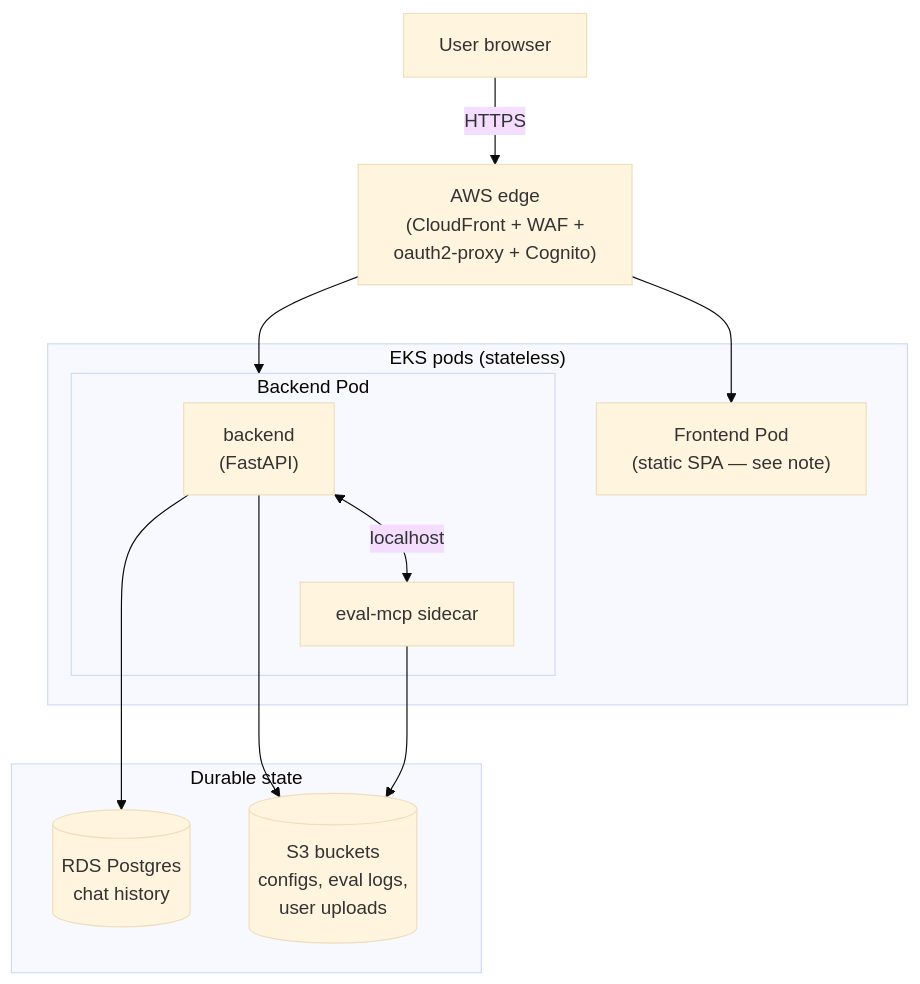
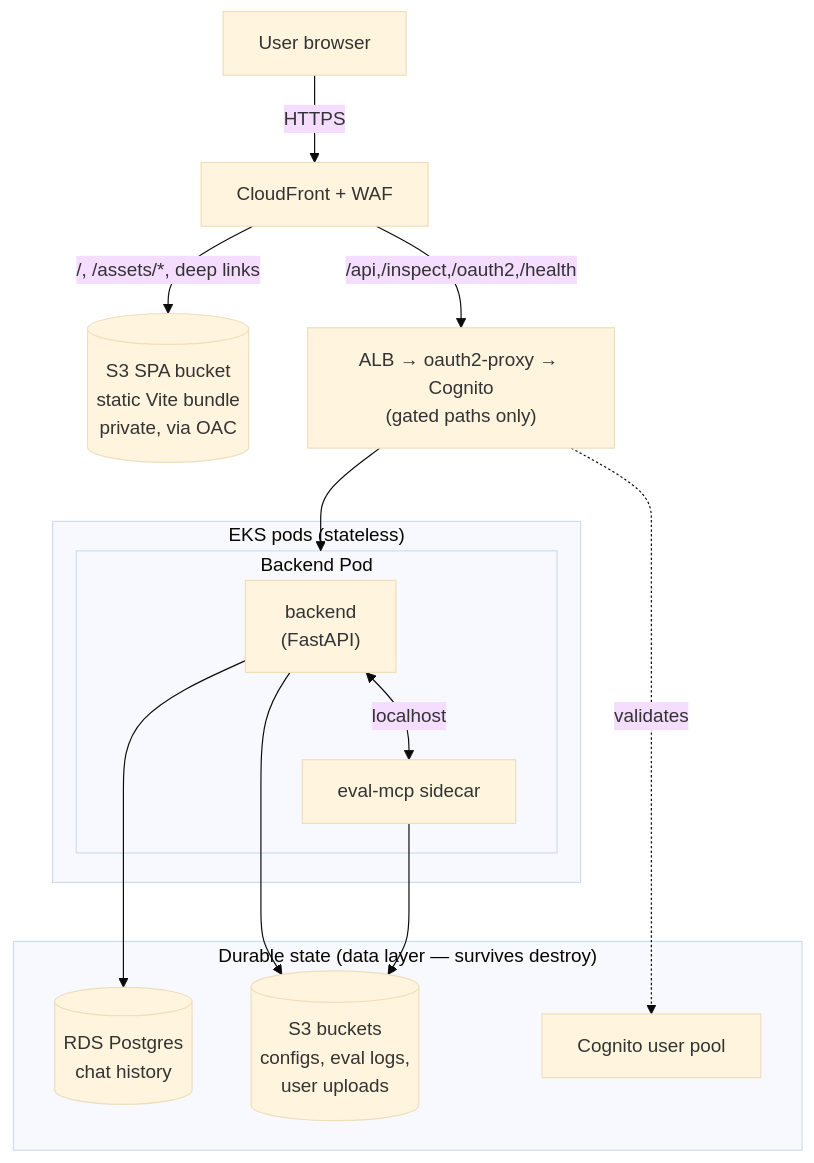
Before and after one commit to awslabs/llm-evaluation-system: the third of 3 diagrams in ARCHITECTURE.md, drawn with Mermaid (base theme). The commit also changed other lines of this file and 3 other files, not shown here.

First line of the commit message:
docs: update for S3/CloudFront frontend + Cognito-in-data-layer

````diff
--- a/ARCHITECTURE.md
+++ b/ARCHITECTURE.md
@@ -113,26 +113,30 @@
 ```mermaid
 flowchart TB
     User["User browser"]
-    Edge["AWS edge<br/>(CloudFront + WAF +<br/>oauth2-proxy + Cognito)"]
+    CF["CloudFront + WAF"]
+    SPA[("S3 SPA bucket<br/>static Vite bundle<br/>private, via OAC")]
+    Edge["ALB → oauth2-proxy → Cognito<br/>(gated paths only)"]
 
     subgraph Pods["EKS pods (stateless)"]
-        Frontend["Frontend Pod<br/>(static SPA — see note)"]
         subgraph BackendPod["Backend Pod"]
             BE["backend<br/>(FastAPI)"]
             MCP["eval-mcp sidecar"]
             BE <-->|"localhost"| MCP
         end
     end
 
-    subgraph Durable["Durable state"]
+    subgraph Durable["Durable state (data layer — survives destroy)"]
         RDS[("RDS Postgres<br/>chat history")]
         S3[("S3 buckets<br/>configs, eval logs,<br/>user uploads")]
+        COG["Cognito user pool"]
     end
 
-    User -->|"HTTPS"| Edge
-    Edge --> Frontend
+    User -->|"HTTPS"| CF
+    CF -->|"/, /assets/*, deep links"| SPA
+    CF -->|"/api,/inspect,/oauth2,/health"| Edge
     Edge --> BackendPod
     BE --> RDS
     BE --> S3
     MCP --> S3
+    Edge -.->|"validates"| COG
 ```
````
